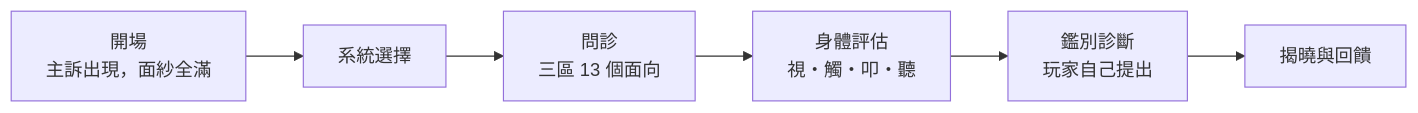
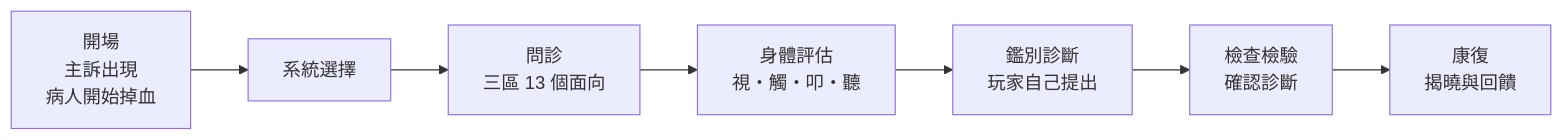
One commit to bobyu89/np-games1 changed the second of 2 diagrams in docs/02-architecture.md. Above: the diagram before and after it, drawn with Mermaid. The commit also changed other lines of this file and 1 other file, not shown here.

First line of the commit message:
Architecture v2: patient health as the core pressure mechanic

````diff
--- a/docs/02-architecture.md
+++ b/docs/02-architecture.md
@@ -52,8 +54,9 @@
 ```mermaid
 flowchart LR
-  A["開場<br/>主訴出現，面紗全滿"] --> B[系統選擇]
+  A["開場<br/>主訴出現<br/>病人開始掉血"] --> B[系統選擇]
   B --> C["問診<br/>三區 13 個面向"]
   C --> D["身體評估<br/>視・觸・叩・聽"]
   D --> E["鑑別診斷<br/>玩家自己提出"]
-  E --> F[揭曉與回饋]
+  E --> F["檢查檢驗<br/>確認診斷"]
+  F --> G["康復<br/>揭曉與回饋"]
 ```
````
